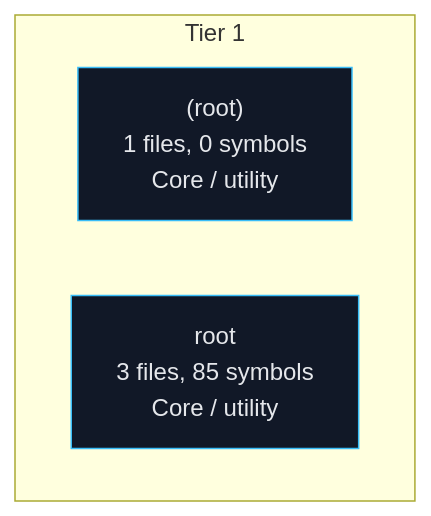
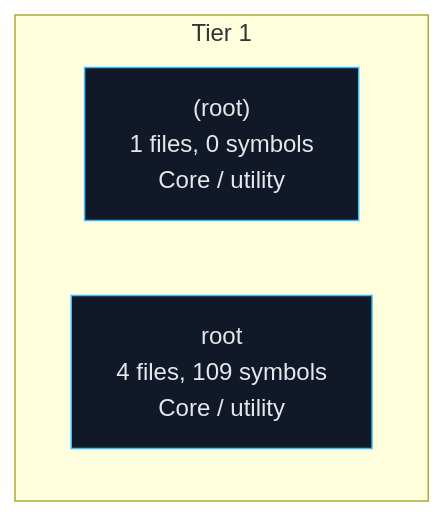
The first of 6 diagrams in readmenator-apidocs/architecture.md (grisuno/LazyOwnInfiniteStorage), drawn with Mermaid before and after one commit. The commit also changed other lines of this file and 86 other files, not shown here.

````diff
--- a/readmenator-apidocs/architecture.md
+++ b/readmenator-apidocs/architecture.md
@@ -9,9 +9,9 @@
 ```mermaid
 flowchart TB
     classDef default fill:#111827,stroke:#38bdf8,color:#e5e7eb;
     subgraph lane_0["Tier 1"]
         direction LR
         n_d__root_["(root)<br/>1 files, 0 symbols<br/>Core / utility"]:::default
-        n_c0["root<br/>3 files, 85 symbols<br/>Core / utility"]:::default
+        n_c0["root<br/>4 files, 109 symbols<br/>Core / utility"]:::default
     end
 ```
````
